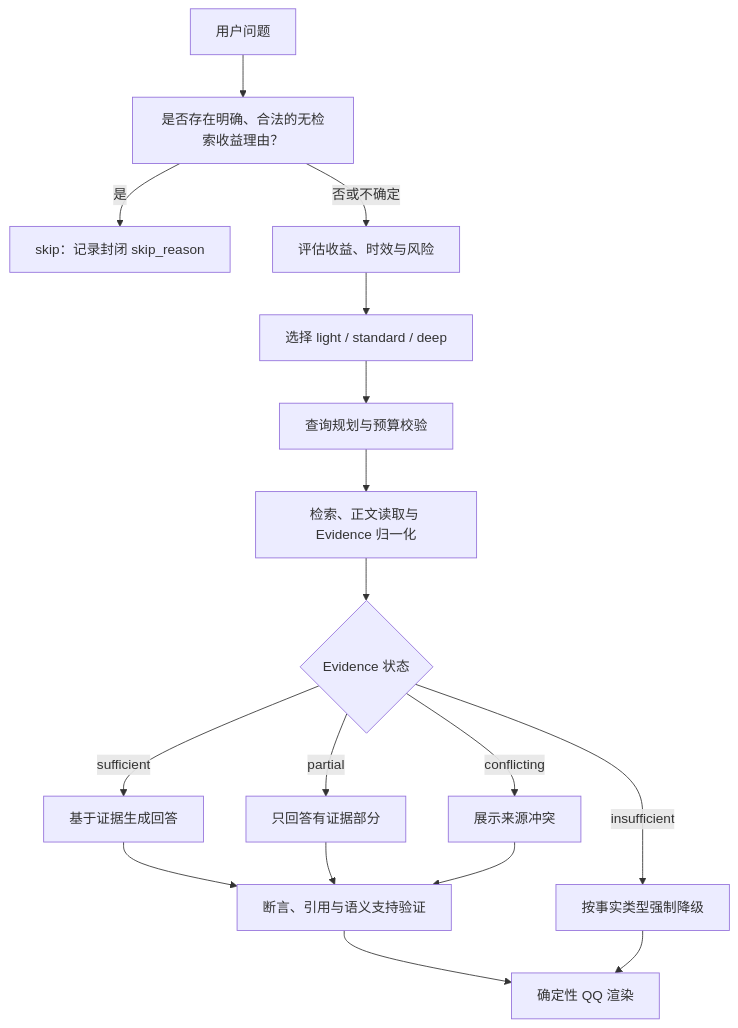
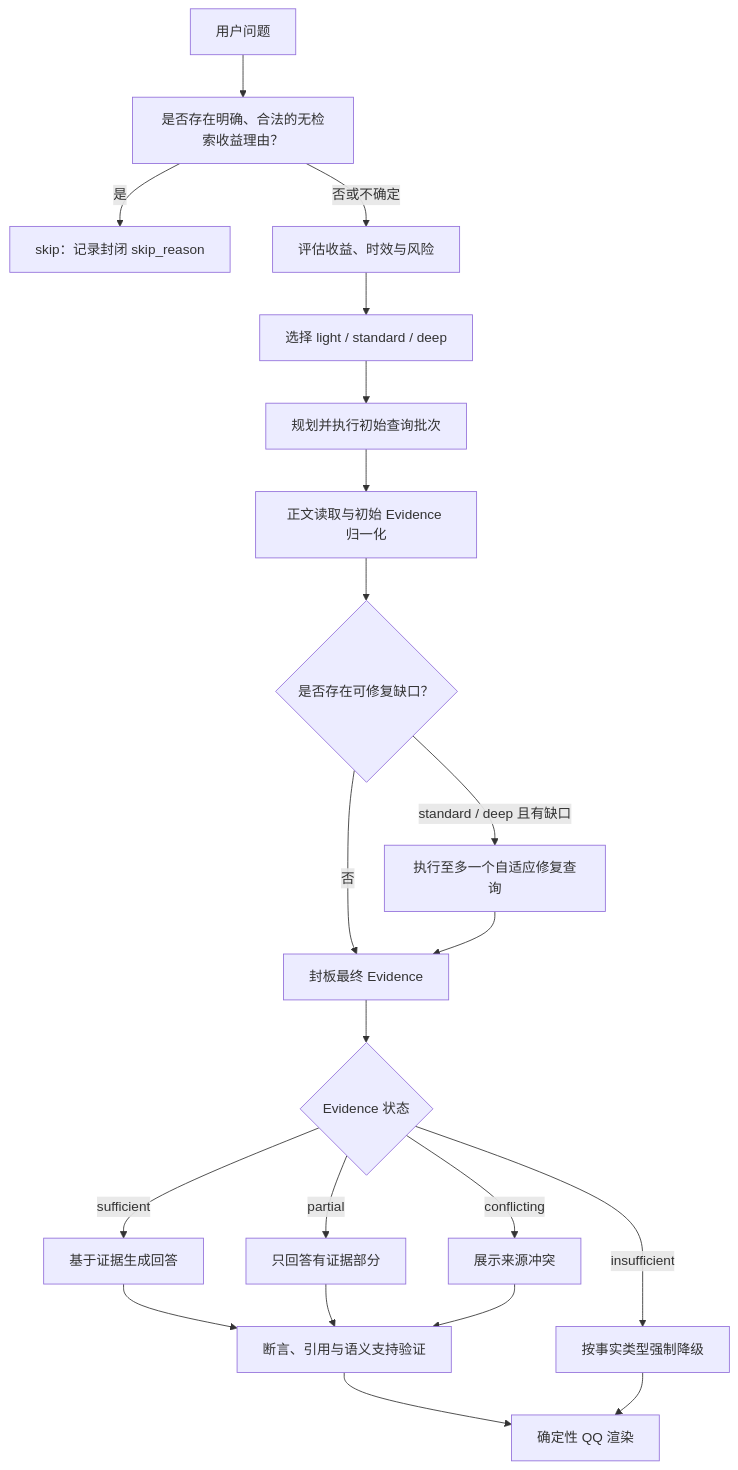
One commit to TracyReznik1/qq_bot_lite changed the diagram in docs/superpowers/specs/2026-07-29-retrieval-benefit-search-design.md. Above: the diagram before and after it, drawn with Mermaid. The commit also changed other lines of this file, not shown here.

````diff
--- a/docs/superpowers/specs/2026-07-29-retrieval-benefit-search-design.md
+++ b/docs/superpowers/specs/2026-07-29-retrieval-benefit-search-design.md
@@ -563,19 +667,23 @@
 ```mermaid
 flowchart TD
     A["用户问题"] --> B["是否存在明确、合法的无检索收益理由？"]
     B -->|"是"| C["skip：记录封闭 skip_reason"]
     B -->|"否或不确定"| D["评估收益、时效与风险"]
     D --> E["选择 light / standard / deep"]
-    E --> F["查询规划与预算校验"]
-    F --> G["检索、正文读取与 Evidence 归一化"]
-    G --> H{"Evidence 状态"}
-    H -->|"sufficient"| I["基于证据生成回答"]
-    H -->|"partial"| J["只回答有证据部分"]
-    H -->|"conflicting"| K["展示来源冲突"]
-    H -->|"insufficient"| L["按事实类型强制降级"]
+    E --> F["规划并执行初始查询批次"]
+    F --> G["正文读取与初始 Evidence 归一化"]
+    G --> H{"是否存在可修复缺口？"}
+    H -->|"standard / deep 且有缺口"| R["执行至多一个自适应修复查询"]
+    H -->|"否"| Q["封板最终 Evidence"]
+    R --> Q
+    Q --> S{"Evidence 状态"}
+    S -->|"sufficient"| I["基于证据生成回答"]
+    S -->|"partial"| J["只回答有证据部分"]
+    S -->|"conflicting"| K["展示来源冲突"]
+    S -->|"insufficient"| L["按事实类型强制降级"]
     I --> M["断言、引用与语义支持验证"]
     J --> M
     K --> M
     M --> N["确定性 QQ 渲染"]
     L --> N
 ```
````
